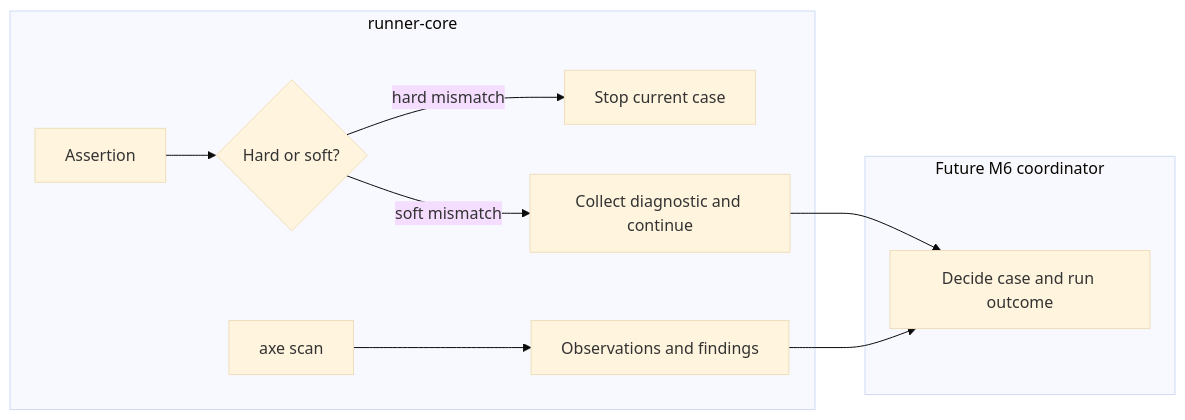
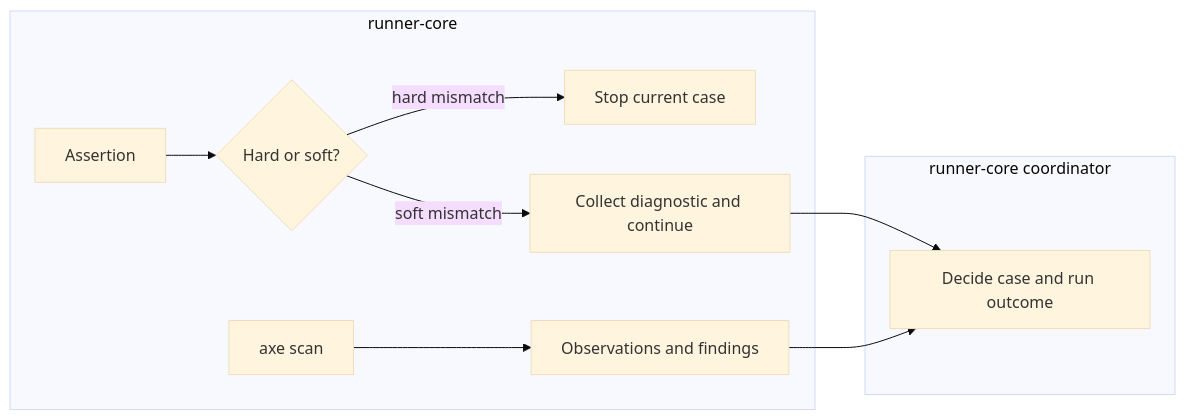
The diagram in Learning Plan/Phase 1/Lessons/09-assertions-accessibility.md (Scott-D-Hodgson/stagehand), drawn with Mermaid (base theme) before and after one commit. The commit also changed other lines of this file and 12 other files, not shown here.

````diff
--- a/Learning Plan/Phase 1/Lessons/09-assertions-accessibility.md
+++ b/Learning Plan/Phase 1/Lessons/09-assertions-accessibility.md
@@ -12,14 +12,14 @@
 ```mermaid
 flowchart LR
     subgraph R[runner-core]
         A[Assertion] --> H{Hard or soft?}
         H -->|hard mismatch| X[Stop current case]
         H -->|soft mismatch| D[Collect diagnostic and continue]
         S[axe scan] --> O[Observations and findings]
     end
-    subgraph C[Future M6 coordinator]
+    subgraph C[runner-core coordinator]
         P[Decide case and run outcome]
     end
     D --> P
     O --> P
 ```
````
